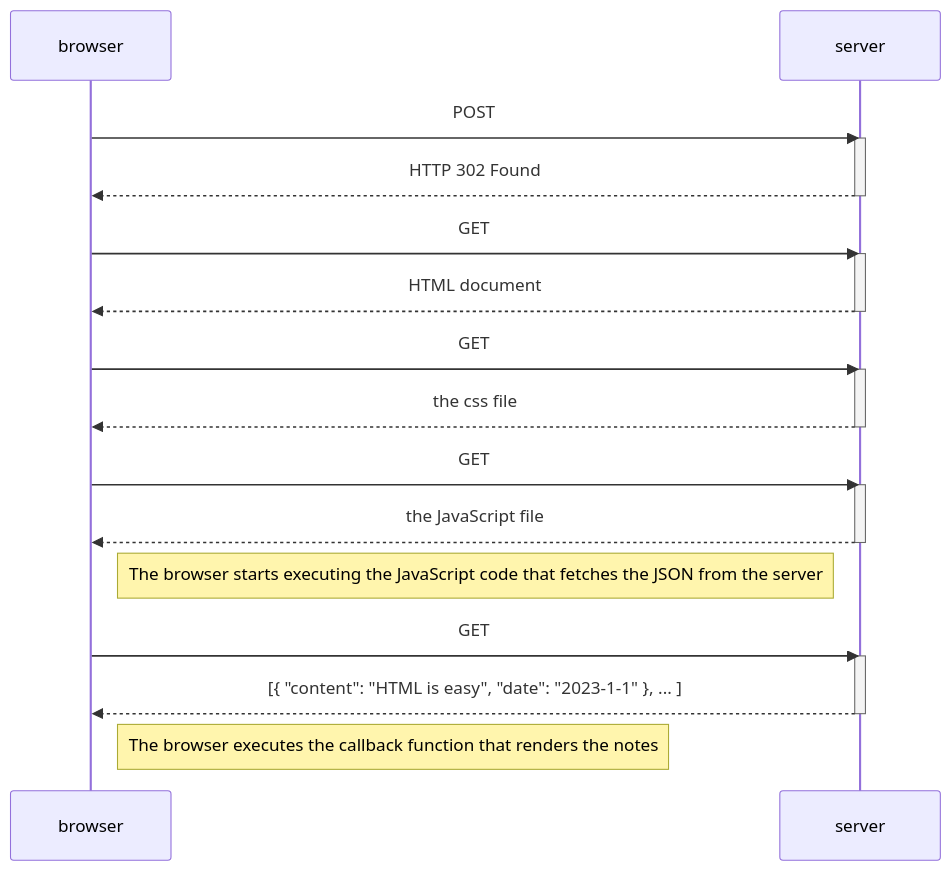
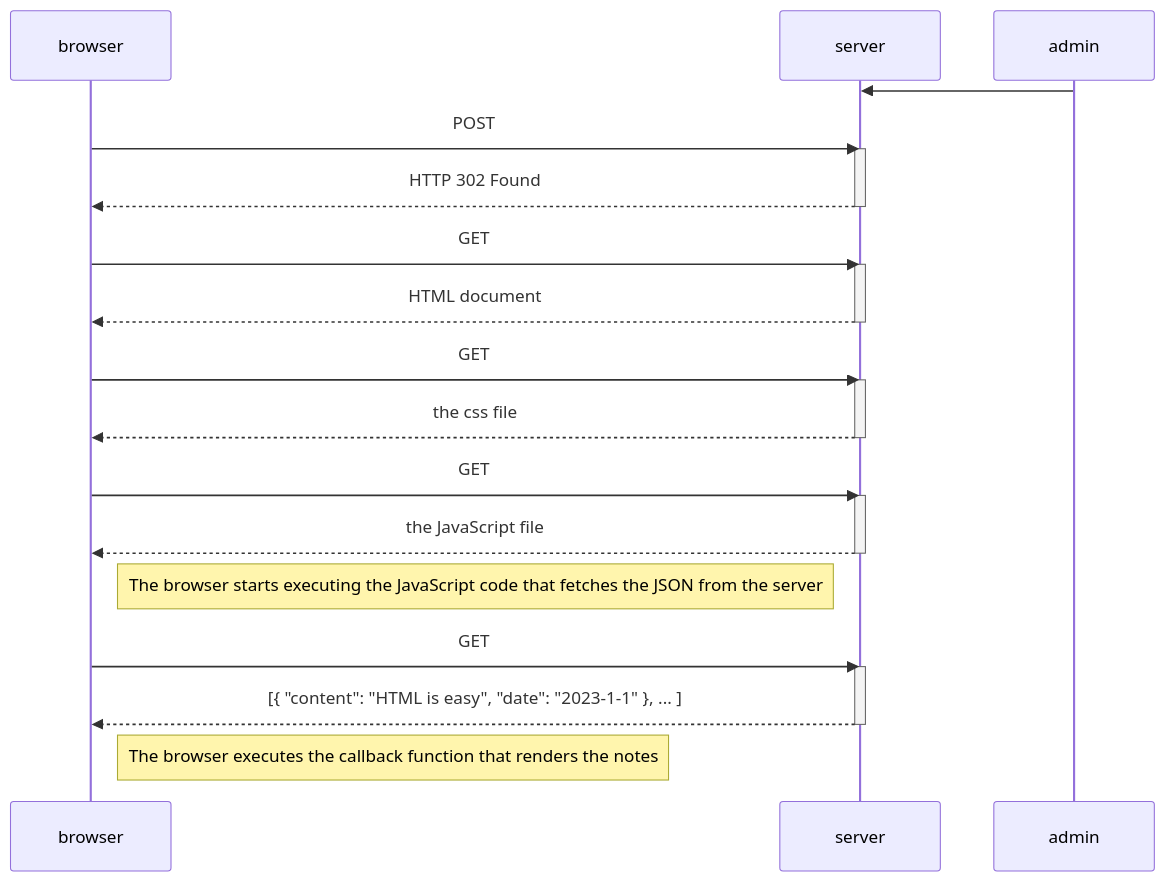
One commit to 25it783kris-cell/fullstack-open changed the diagram in part0/0.4.md. Above: the diagram before and after it, drawn with Mermaid.

````diff
--- a/part0/0.4.md
+++ b/part0/0.4.md
@@ -1,34 +1,37 @@
 ```mermaid
 sequenceDiagram
     participant browser
     participant server
+    participant admin
+
+    admin->>server: 
 
     browser->>server: POST 
     activate server
     server-->>browser: HTTP 302 Found
     deactivate server
 
     browser->>server: GET 
     activate server
     server-->>browser: HTML document
     deactivate server
 
     browser->>server: GET 
     activate server
     server-->>browser: the css file
     deactivate server
 
     browser->>server: GET 
     activate server
     server-->>browser: the JavaScript file
     deactivate server
 
     Note right of browser: The browser starts executing the JavaScript code that fetches the JSON from the server
 
     browser->>server: GET 
     activate server
     server-->>browser: [{ "content": "HTML is easy", "date": "2023-1-1" }, ... ]
     deactivate server
 
     Note right of browser: The browser executes the callback function that renders the notes
 ```
````
